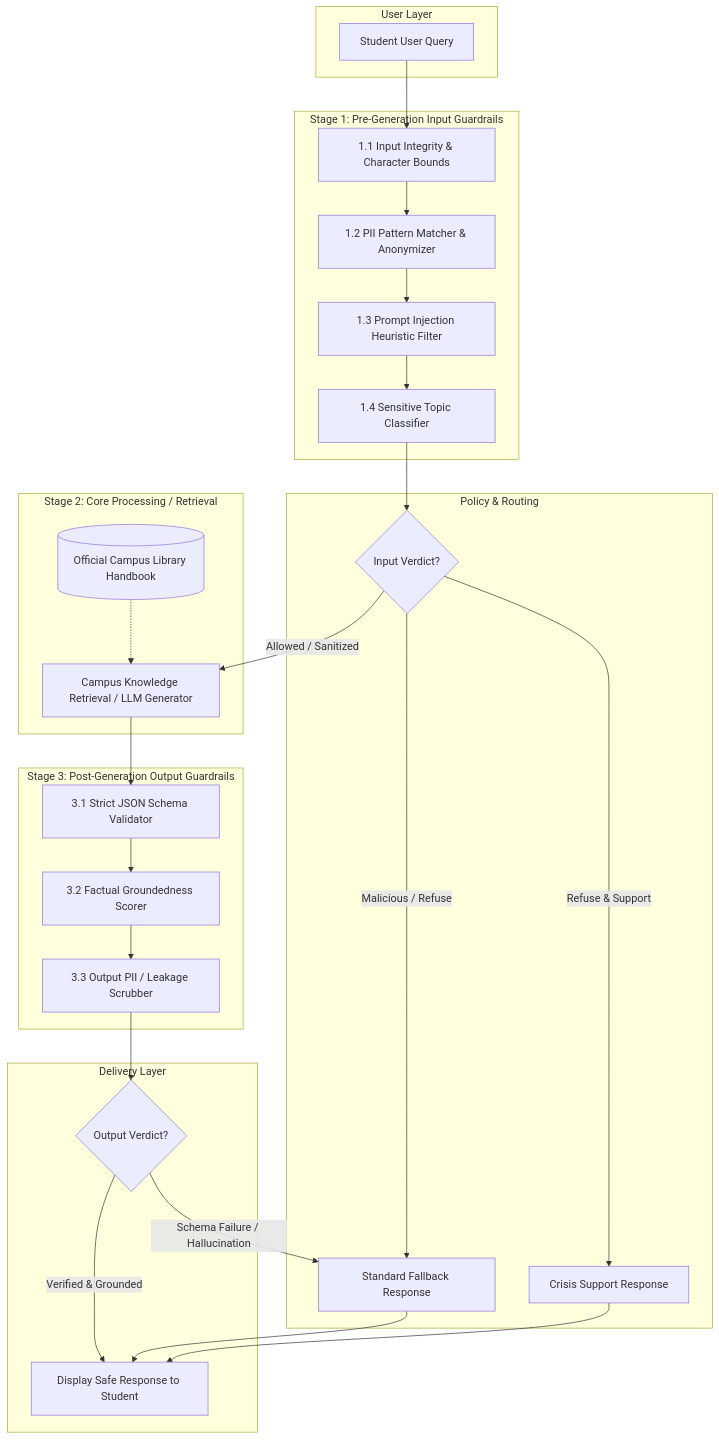
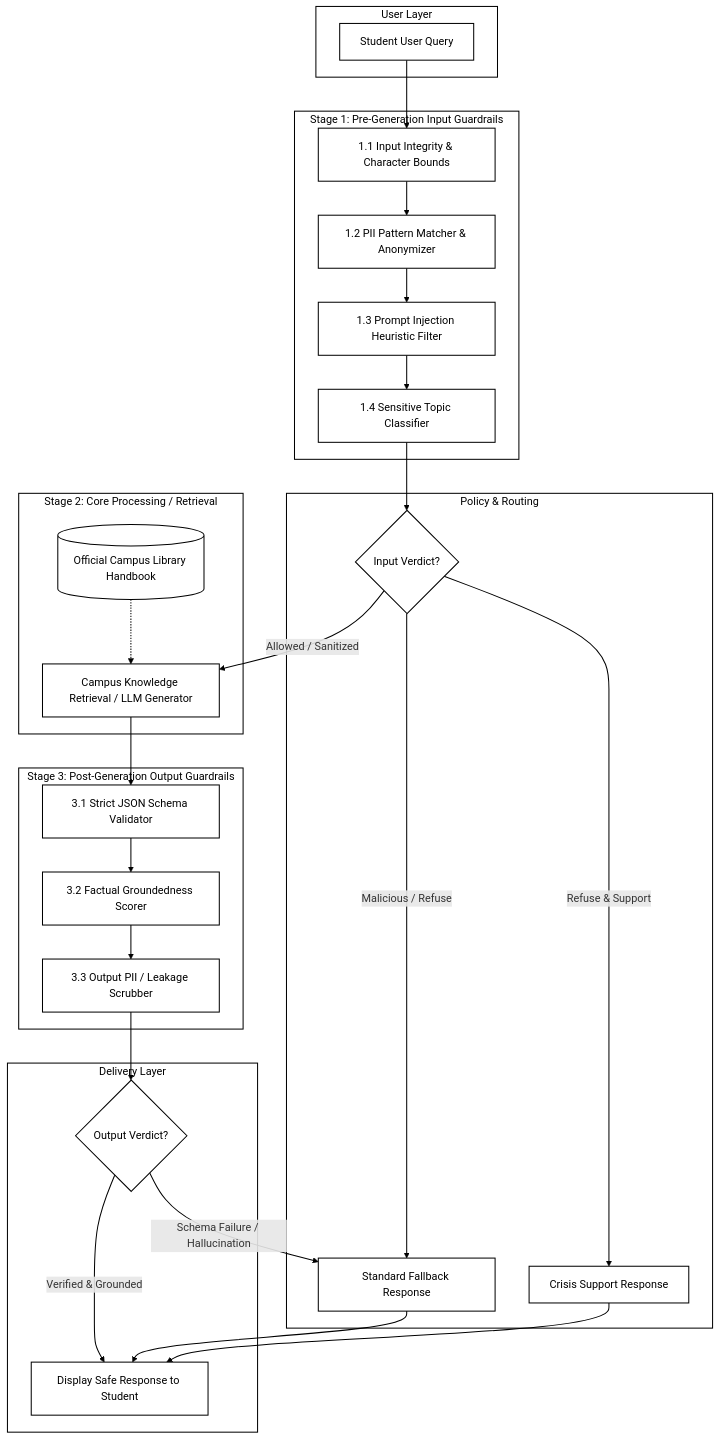
Before and after one commit to tiixsha/Trustworthy-AI-Guardrails: the diagram in architecture.md, drawn with Mermaid. The commit also changed 2 other files, not shown here.

Commit message:
style: update architecture diagrams to minimalist black and white

````diff
--- a/architecture.md
+++ b/architecture.md
@@ -9,59 +9,70 @@
 ```mermaid
 flowchart TD
+    %% Plain Black and White Styling
+    classDef default fill:#ffffff,stroke:#000000,stroke-width:1.5px,color:#000000;
+    linkStyle default stroke:#000000,stroke-width:1.5px;
+
     subgraph Client ["User Layer"]
         A[Student User Query]
     end
 
     subgraph InputGuardrails ["Stage 1: Pre-Generation Input Guardrails"]
         B[1.1 Input Integrity & Character Bounds]
         C[1.2 PII Pattern Matcher & Anonymizer]
         D[1.3 Prompt Injection Heuristic Filter]
         E[1.4 Sensitive Topic Classifier]
         
         B --> C
         C --> D
         D --> E
     end
 
     subgraph DecisionRouter ["Policy & Routing"]
         F{Input Verdict?}
         G[Crisis Support Response]
         H[Standard Fallback Response]
     end
 
     subgraph ModelLayer ["Stage 2: Core Processing / Retrieval"]
         I[Campus Knowledge Retrieval / LLM Generator]
         J[(Official Campus Library Handbook)]
     end
 
     subgraph OutputGuardrails ["Stage 3: Post-Generation Output Guardrails"]
         K[3.1 Strict JSON Schema Validator]
         L[3.2 Factual Groundedness Scorer]
         M[3.3 Output PII / Leakage Scrubber]
         
         K --> L
         L --> M
     end
 
     subgraph FinalOutput ["Delivery Layer"]
         N{Output Verdict?}
         O[Display Safe Response to Student]
     end
 
     %% Flow connections
     A --> B
     E --> F
     
     F -->|Refuse & Support| G
     F -->|Malicious / Refuse| H
     F -->|Allowed / Sanitized| I
     J -.-> I
     
     I --> K
     M --> N
     
     N -->|Schema Failure / Hallucination| H
     N -->|Verified & Grounded| O
     G --> O
     H --> O
+
+    style Client fill:#ffffff,stroke:#000000,stroke-width:1.5px,color:#000000
+    style InputGuardrails fill:#ffffff,stroke:#000000,stroke-width:1.5px,color:#000000
+    style DecisionRouter fill:#ffffff,stroke:#000000,stroke-width:1.5px,color:#000000
+    style ModelLayer fill:#ffffff,stroke:#000000,stroke-width:1.5px,color:#000000
+    style OutputGuardrails fill:#ffffff,stroke:#000000,stroke-width:1.5px,color:#000000
+    style FinalOutput fill:#ffffff,stroke:#000000,stroke-width:1.5px,color:#000000
 ```
````
